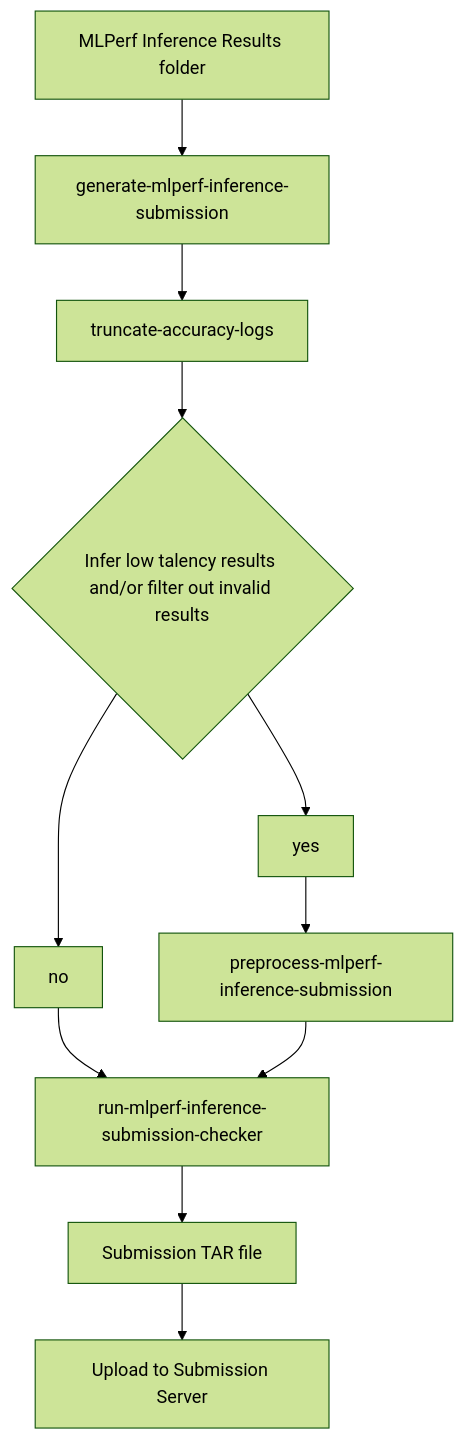
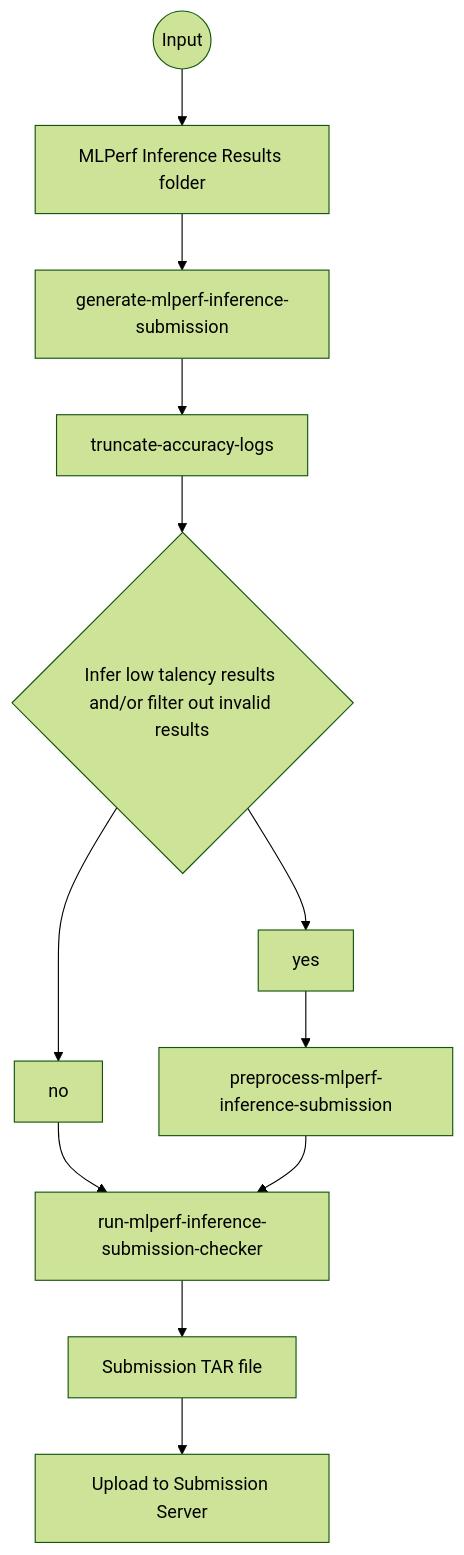
The diagram in docs/submission/index.md (GATEOverflow/inference), drawn with Mermaid (forest theme) before and after one commit.

````diff
--- a/docs/submission/index.md
+++ b/docs/submission/index.md
@@ -13,11 +13,12 @@
 ```mermaid
 flowchart TB
+    Input((Input)) --> A[MLPerf Inference Results folder]
     A[MLPerf Inference Results folder] --> B[generate-mlperf-inference-submission]
     B --> C[truncate-accuracy-logs]
     C --> D{Infer low talency results and/or filter out invalid results}
     D --> yes --> E[preprocess-mlperf-inference-submission]
     D --> no --> F[run-mlperf-inference-submission-checker]
     E --> F
     F --> G[Submission TAR file]
     G --> H[Upload to Submission Server]
 ```
````
